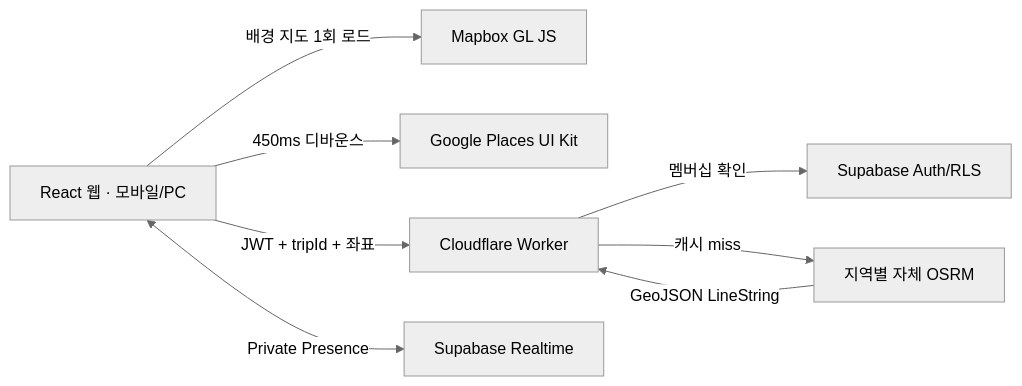
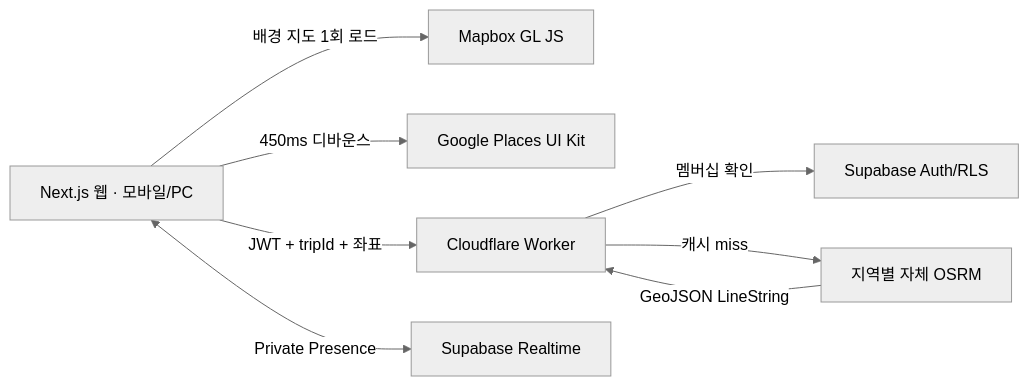
One commit to VictorJoo/into-the-blue changed the diagram in docs/value-map-architecture.md. Above: the diagram before and after it, drawn with Mermaid (neutral theme). The commit also changed other lines of this file and 50 other files, not shown here.

Commit message:
Rebuild travel planner with Next.js and Mapbox

````diff
--- a/docs/value-map-architecture.md
+++ b/docs/value-map-architecture.md
@@ -7,10 +7,10 @@
 ```mermaid
 flowchart LR
-  B["React 웹 · 모바일/PC"] -->|"배경 지도 1회 로드"| M["Mapbox GL JS"]
+  B["Next.js 웹 · 모바일/PC"] -->|"배경 지도 1회 로드"| M["Mapbox GL JS"]
   B -->|"450ms 디바운스"| P["Google Places UI Kit"]
   B -->|"JWT + tripId + 좌표"| W["Cloudflare Worker"]
   W -->|"멤버십 확인"| S["Supabase Auth/RLS"]
   W -->|"캐시 miss"| O["지역별 자체 OSRM"]
   O -->|"GeoJSON LineString"| W
   B <-->|"Private Presence"| R["Supabase Realtime"]
 ```
````
